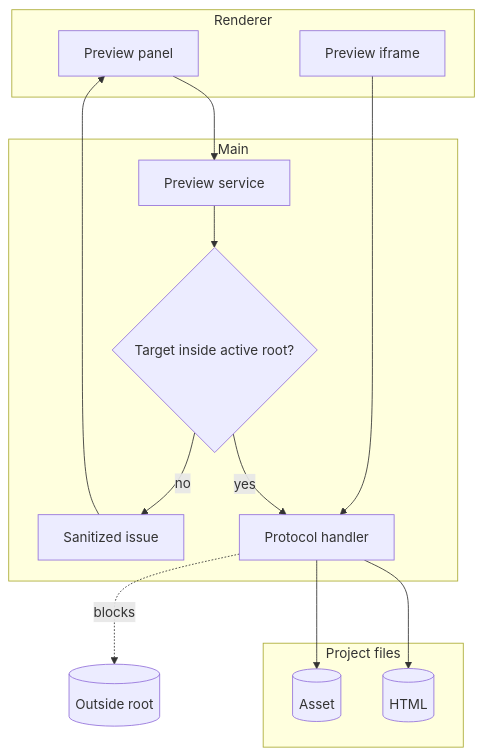
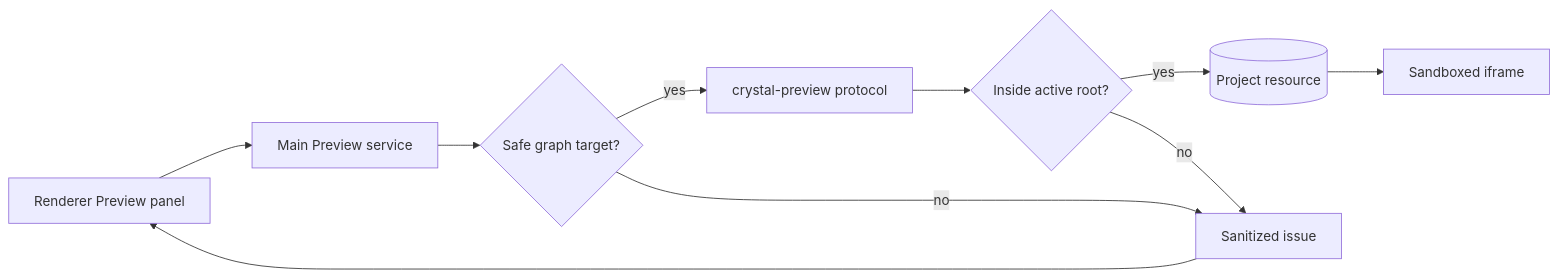
One commit to krestosa/Crystal changed the diagram in docs/architecture/preview/project-preview.md. Above: the diagram before and after it, drawn with Mermaid. The commit also changed other lines of this file and 60 other files, not shown here.

````diff
--- a/docs/architecture/preview/project-preview.md
+++ b/docs/architecture/preview/project-preview.md
@@ -67,25 +46,12 @@
 ```mermaid
-flowchart TD
-  subgraph Renderer[Renderer]
-    Panel[Preview panel]
-    Iframe[Preview iframe]
-  end
-
-  subgraph Main[Main]
-    Service[Preview service]
-    Target{Target inside active root?}
-    Protocol[Protocol handler]
-    Issue[Sanitized issue]
-  end
-
-  subgraph Files[Project files]
-    HTML[(HTML)]
-    Asset[(Asset)]
-  end
-
-  Panel --> Service --> Target
-  Target -->|yes| Protocol --> HTML
-  Iframe --> Protocol --> Asset
-  Target -->|no| Issue --> Panel
-  Protocol -. blocks .-> Outside[(Outside root)]
+flowchart LR
+  Panel[Renderer Preview panel] --> Service[Main Preview service]
+  Service --> Target{Safe graph target?}
+  Target -->|yes| Protocol[crystal-preview protocol]
+  Protocol --> Root{Inside active root?}
+  Root -->|yes| File[(Project resource)]
+  Root -->|no| Issue[Sanitized issue]
+  Target -->|no| Issue
+  File --> Frame[Sandboxed iframe]
+  Issue --> Panel
 ```
````
